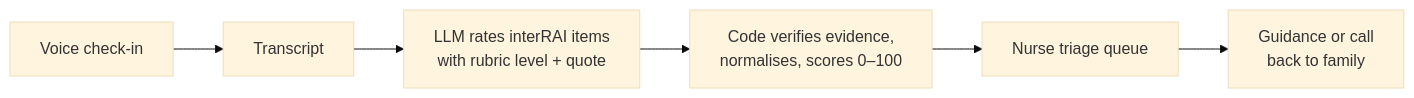
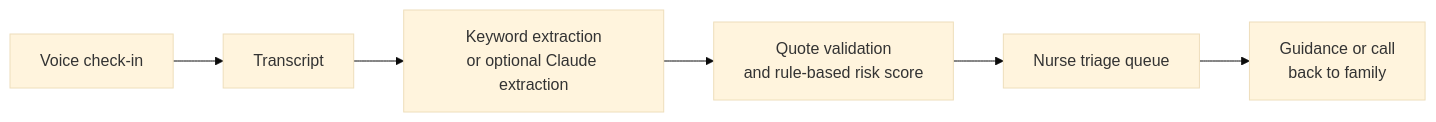
One commit to elizabeth-ling/careOS changed the diagram in README.md. Above: the diagram before and after it, drawn with Mermaid (base theme). The commit also changed other lines of this file and 30 other files, not shown here.

````diff
--- a/README.md
+++ b/README.md
@@ -15,8 +13,8 @@
 ```mermaid
 flowchart LR
     A[Voice check-in] --> B[Transcript]
-    B --> C[LLM rates interRAI items<br/>with rubric level + quote]
-    C --> D[Code verifies evidence,<br/>normalises, scores 0–100]
+    B --> C[Keyword extraction<br/>or optional Claude extraction]
+    C --> D[Quote validation<br/>and rule-based risk score]
     D --> E[Nurse triage queue]
     E --> F[Guidance or call<br/>back to family]
 ```
````
